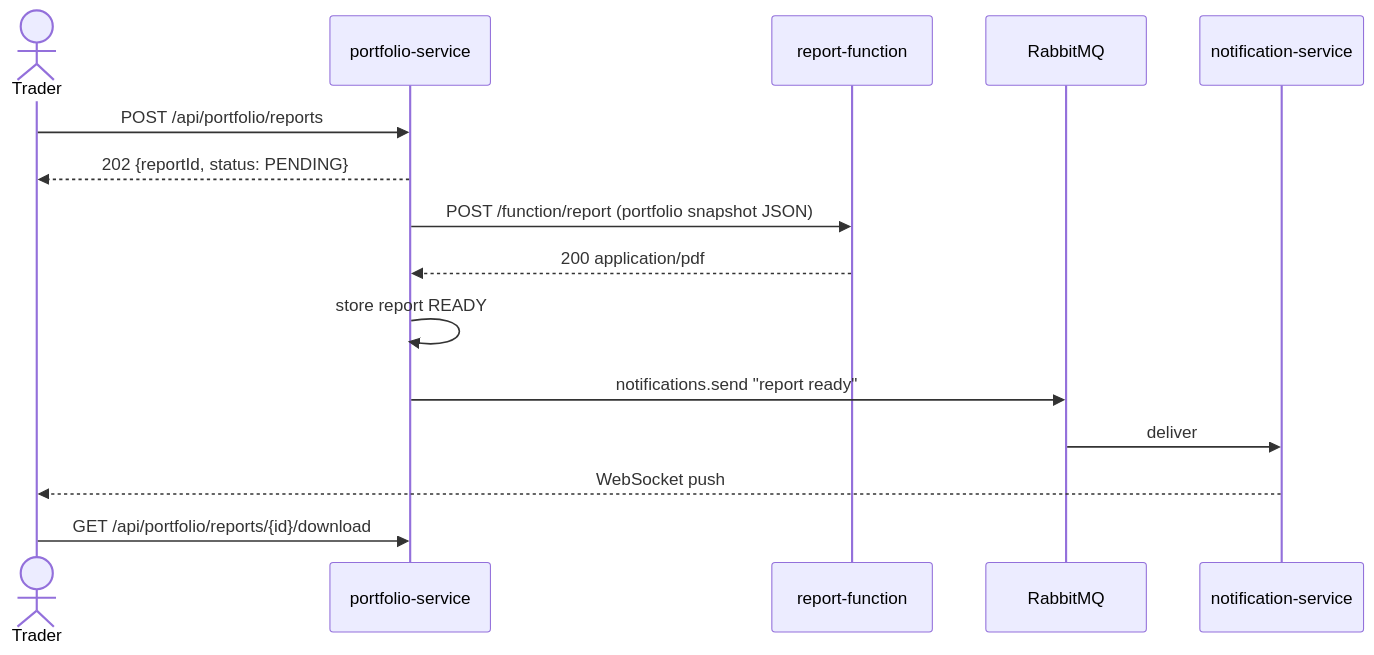
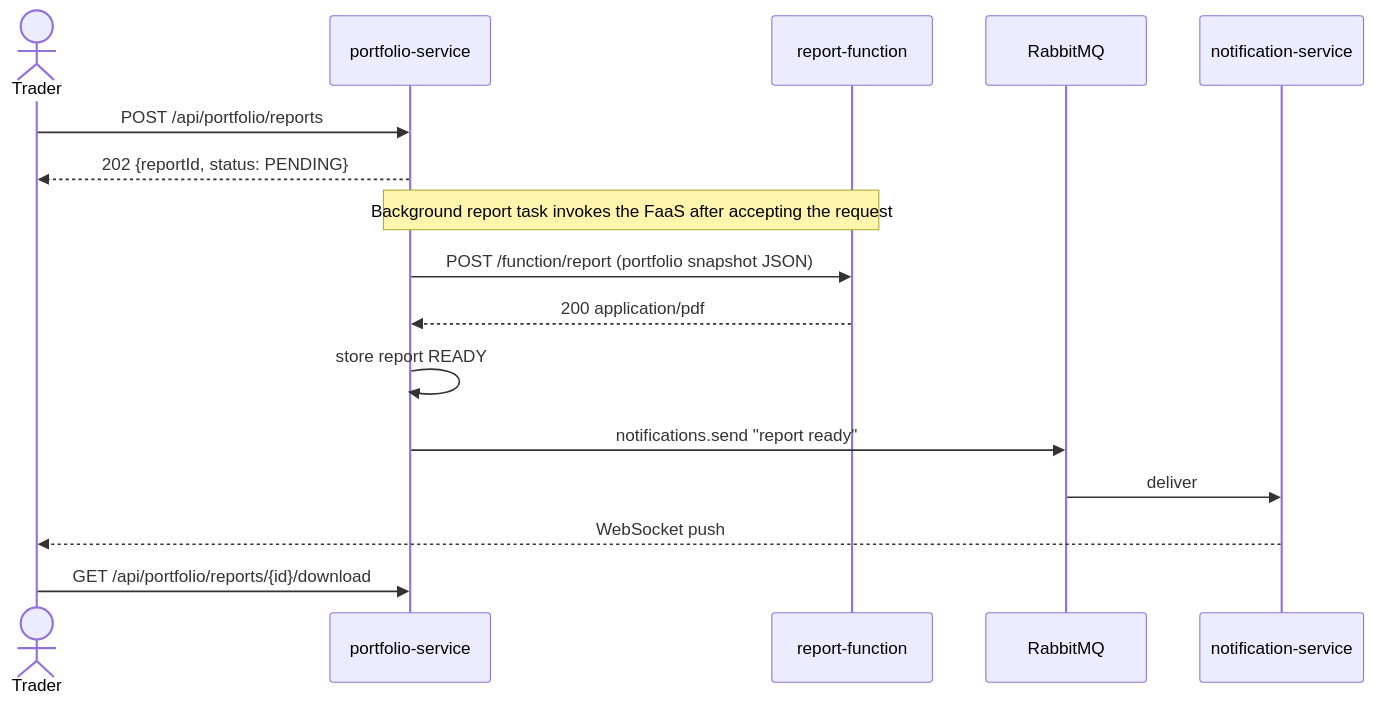
One commit to MARKUCI14/teamFlow changed the third of 6 diagrams in docs/architecture/uml-diagrams.md. Above: the diagram before and after it, drawn with Mermaid. The commit also changed 10 other files, not shown here.

````diff
--- a/docs/architecture/uml-diagrams.md
+++ b/docs/architecture/uml-diagrams.md
@@ -67,18 +67,19 @@
 ```mermaid
 sequenceDiagram
   actor T as Trader
   participant P as portfolio-service
   participant F as report-function
   participant R as RabbitMQ
   participant NS as notification-service
 
   T->>P: POST /api/portfolio/reports
   P-->>T: 202 {reportId, status: PENDING}
+  Note over P,F: Background report task invokes the FaaS after accepting the request
   P->>F: POST /function/report (portfolio snapshot JSON)
   F-->>P: 200 application/pdf
   P->>P: store report READY
   P->>R: notifications.send "report ready"
   R->>NS: deliver
   NS-->>T: WebSocket push
   T->>P: GET /api/portfolio/reports/{id}/download
 ```
````
